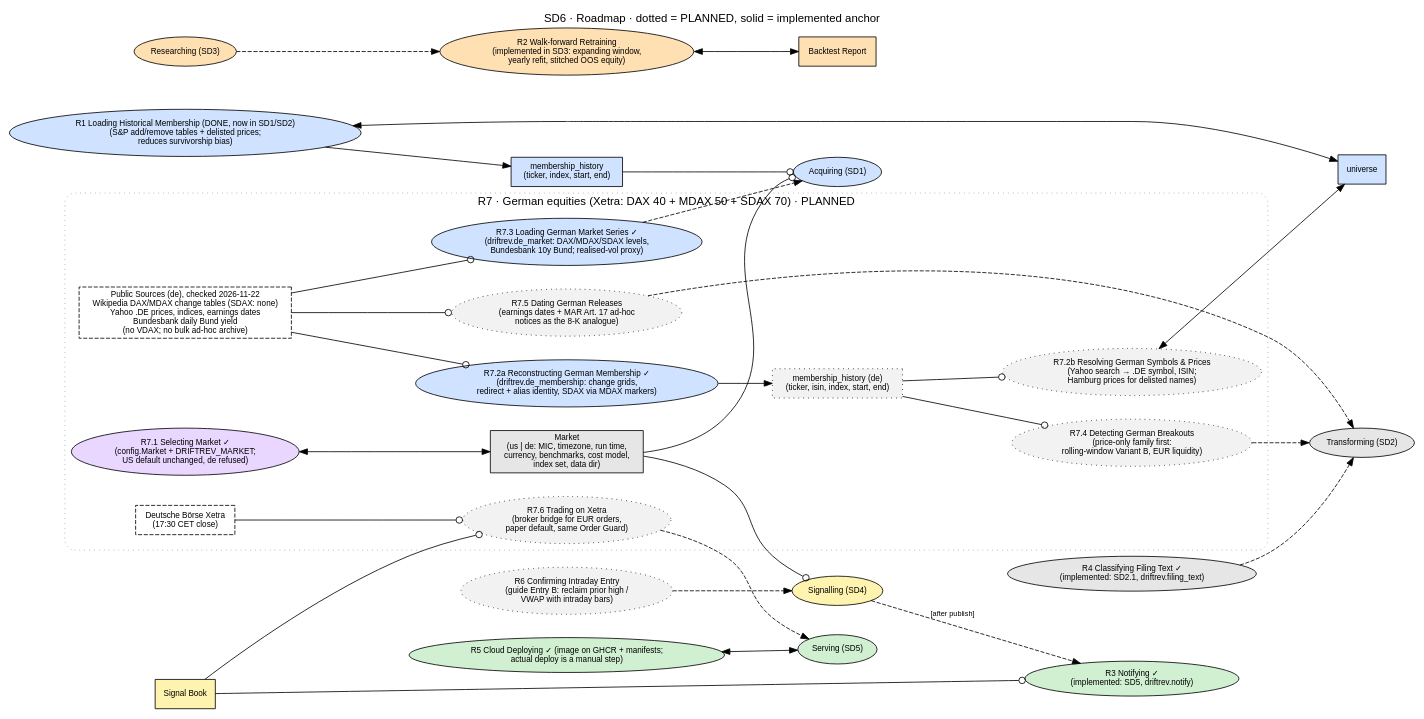
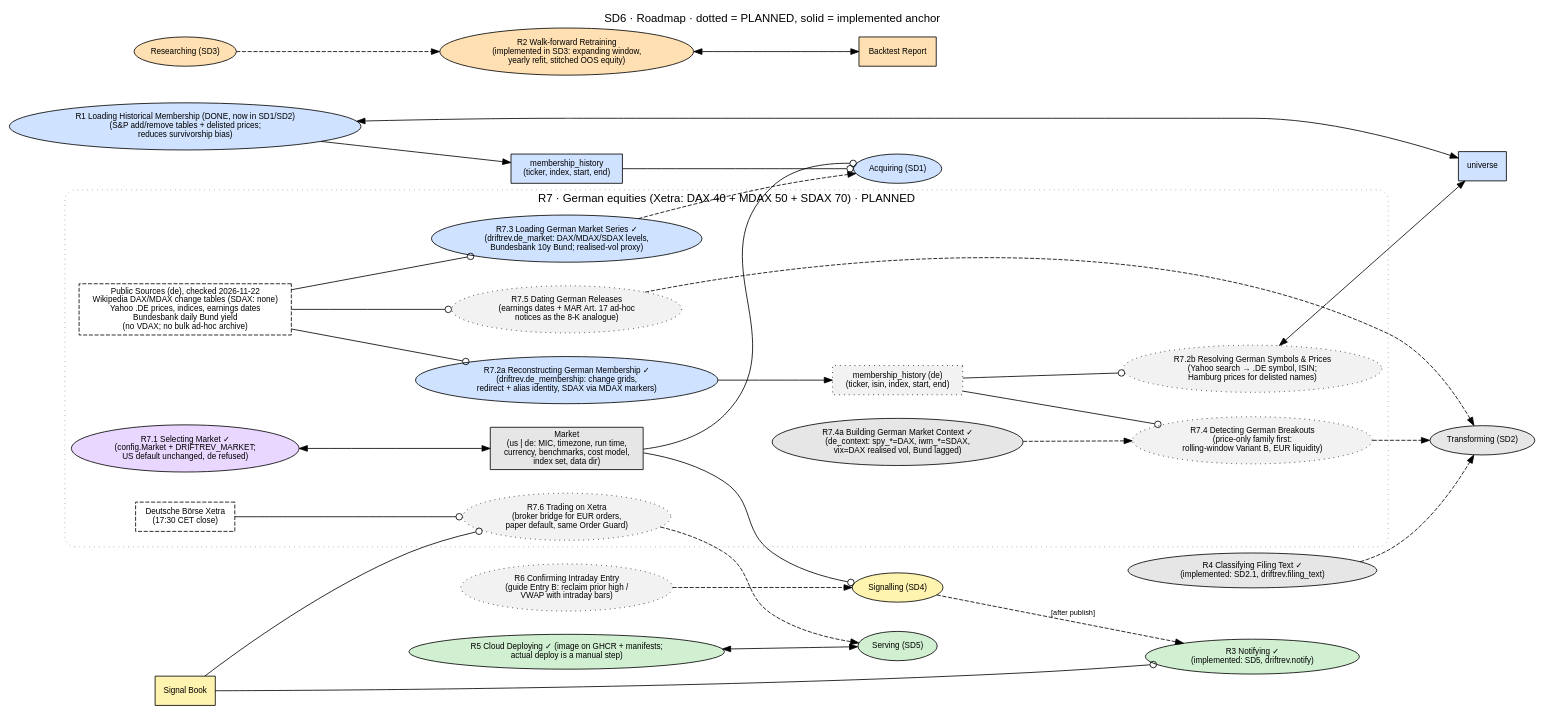
One commit to witold-andelie/stock_analysis_wentao changed the diagram in project/docs/architecture/opm/SD6_roadmap.dot. Above: the diagram before and after it, drawn with Graphviz. The commit also changed 4 other files, not shown here.

First line of the commit message:
R7.4a Building the German market context (market-neutral column contract)

```diff
--- a/project/docs/architecture/opm/SD6_roadmap.dot
+++ b/project/docs/architecture/opm/SD6_roadmap.dot
@@ -1,59 +1,60 @@
 // SD6 · Roadmap: PLANNED processes (dotted) and where they attach to the implemented model.
 // Rule: a planned thing becomes solid only when its code, test and OPL sentence land together.
 digraph SD6 {
   graph [rankdir=LR, fontname="Helvetica", fontsize=14, labelloc=t, nodesep=0.4, ranksep=0.8,
          label="SD6 · Roadmap · dotted = PLANNED, solid = implemented anchor"];
   node  [fontname="Helvetica", fontsize=10, style=filled, fillcolor="#e6e6e6"];
   edge  [fontname="Helvetica", fontsize=9];
 
   // implemented anchors
   acquiring    [shape=ellipse, fillcolor="#cfe2ff", label="Acquiring (SD1)"];
   transforming [shape=ellipse, label="Transforming (SD2)"];
   researching  [shape=ellipse, fillcolor="#ffe0b3", label="Researching (SD3)"];
   signalling   [shape=ellipse, fillcolor="#fff3b0", label="Signalling (SD4)"];
   serving      [shape=ellipse, fillcolor="#d1f0d1", label="Serving (SD5)"];
   universe     [shape=box, fillcolor="#cfe2ff", label="universe"];
   report       [shape=box, fillcolor="#ffe0b3", label="Backtest Report"];
   book         [shape=box, fillcolor="#fff3b0", label="Signal Book"];
 
   // planned things
   r1 [shape=ellipse, fillcolor="#cfe2ff", label="R1 Loading Historical Membership (DONE, now in SD1/SD2)\n(S&P add/remove tables + delisted prices;\nreduces survivorship bias)"];
   r1o [shape=box, fillcolor="#cfe2ff", label="membership_history\n(ticker, index, start, end)"];
   r2 [shape=ellipse, style="filled", fillcolor="#ffe0b3", label="R2 Walk-forward Retraining\n(implemented in SD3: expanding window,\nyearly refit, stitched OOS equity)"];
   r3 [shape=ellipse, fillcolor="#d1f0d1", label="R3 Notifying ✓\n(implemented: SD5, driftrev.notify)"];
   r4 [shape=ellipse, fillcolor="#e6e6e6", label="R4 Classifying Filing Text ✓\n(implemented: SD2.1, driftrev.filing_text)"];
   r5 [shape=ellipse, fillcolor="#d1f0d1", label="R5 Cloud Deploying ✓ (image on GHCR + manifests;\nactual deploy is a manual step)"];
   r6 [shape=ellipse, style="filled,dotted", fillcolor="#f2f2f2", label="R6 Confirming Intraday Entry\n(guide Entry B: reclaim prior high /\nVWAP with intraday bars)"];
 
   r1 -> r1o; r1o -> acquiring [arrowhead=odot]; r1 -> universe [dir=both];
   researching -> r2 [style=dashed]; r2 -> report [dir=both];
   signalling -> r3 [style=dashed, label="[after publish]"]; book -> r3 [arrowhead=odot];
   r4 -> transforming [style=dashed];
   r5 -> serving [dir=both];
   r6 -> signalling [style=dashed];
 
   // R7 · German equities on Deutsche Börse Xetra (DAX + MDAX + SDAX). Order of delivery: R7.1 → R7.6.
   subgraph cluster_r7 {
     label="R7 · German equities (Xetra: DAX 40 + MDAX 50 + SDAX 70) · PLANNED"; style="rounded,dotted"; color="#999999";
     node [style="filled,dotted", fillcolor="#f2f2f2"];
     market   [shape=box, style=filled, fillcolor="#e6e6e6", label="Market\n(us | de: MIC, timezone, run time,\ncurrency, benchmarks, cost model,\nindex set, data dir)"];
     r71 [shape=ellipse, style=filled, fillcolor="#ead7ff", label="R7.1 Selecting Market ✓\n(config.Market + DRIFTREV_MARKET;\nUS default unchanged, de refused)"];
     r72 [shape=ellipse, style=filled, fillcolor="#cfe2ff", label="R7.2a Reconstructing German Membership ✓\n(driftrev.de_membership: change grids,\nredirect + alias identity, SDAX via MDAX markers)"];
     r72b [shape=ellipse, label="R7.2b Resolving German Symbols & Prices\n(Yahoo search → .DE symbol, ISIN;\nHamburg prices for delisted names)"];
     r72o [shape=box, label="membership_history (de)\n(ticker, isin, index, start, end)"];
     r73 [shape=ellipse, style=filled, fillcolor="#cfe2ff", label="R7.3 Loading German Market Series ✓\n(driftrev.de_market: DAX/MDAX/SDAX levels,\nBundesbank 10y Bund; realised-vol proxy)"];
+    r74a [shape=ellipse, style=filled, fillcolor="#e6e6e6", label="R7.4a Building German Market Context ✓\n(de_context: spy_*=DAX, iwm_*=SDAX,\nvix=DAX realised vol, Bund lagged)"];
     r74 [shape=ellipse, label="R7.4 Detecting German Breakouts\n(price-only family first:\nrolling-window Variant B, EUR liquidity)"];
     r75 [shape=ellipse, label="R7.5 Dating German Releases\n(earnings dates + MAR Art. 17 ad-hoc\nnotices as the 8-K analogue)"];
     r76 [shape=ellipse, label="R7.6 Trading on Xetra\n(broker bridge for EUR orders,\npaper default, same Order Guard)"];
     xetra [shape=box, style="filled,dashed", fillcolor="#ffffff", label="Deutsche Börse Xetra\n(17:30 CET close)"];
     srcs  [shape=box, style="filled,dashed", fillcolor="#ffffff", label="Public Sources (de), checked 2026-11-22\nWikipedia DAX/MDAX change tables (SDAX: none)\nYahoo .DE prices, indices, earnings dates\nBundesbank daily Bund yield\n(no VDAX; no bulk ad-hoc archive)"];
   }
 
   r71 -> market [dir=both];
   market -> acquiring [arrowhead=odot]; market -> signalling [arrowhead=odot];
   srcs -> r72 [arrowhead=odot]; r72 -> r72o; r72o -> r72b [arrowhead=odot]; r72b -> universe [dir=both];
   srcs -> r73 [arrowhead=odot]; r73 -> acquiring [style=dashed];
-  r72o -> r74 [arrowhead=odot]; r74 -> transforming [style=dashed];
+  r72o -> r74 [arrowhead=odot]; r74 -> transforming [style=dashed]; r74a -> r74 [style=dashed];
   srcs -> r75 [arrowhead=odot]; r75 -> transforming [style=dashed];
   book -> r76 [arrowhead=odot]; xetra -> r76 [arrowhead=odot]; r76 -> serving [style=dashed];
 }
```
